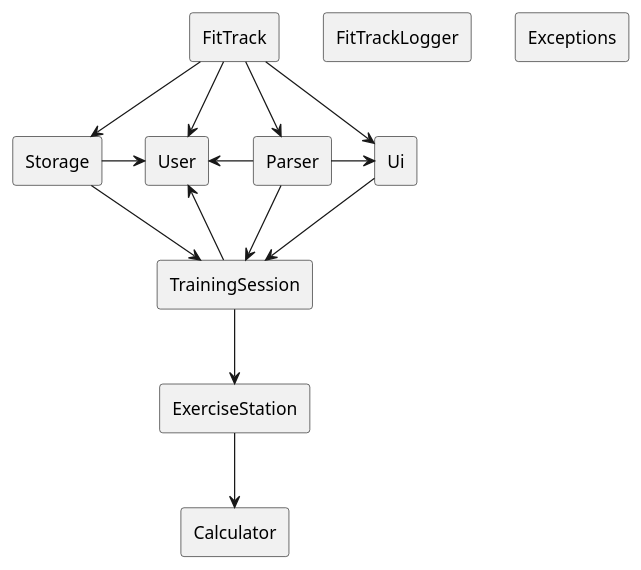
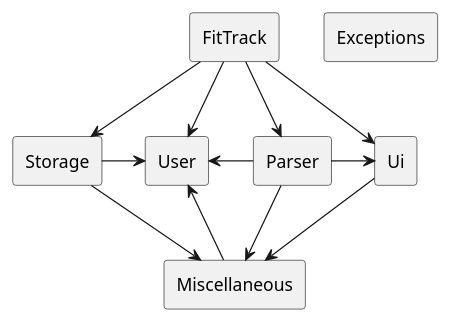
Before and after one commit to nus-cs2113-AY2425S1/tp: the diagram in docs/Diagrams/Archi_Architecture.puml, drawn with PlantUML. The commit also changed 6 other files, not shown here.

```diff
--- a/docs/Diagrams/Archi_Architecture.puml
+++ b/docs/Diagrams/Archi_Architecture.puml
@@ -1,55 +1,43 @@
 @startuml
 hide circle
 skinparam classAttributeIconSize 0
 skinparam classBackgroundColor White
 skinparam classBorderColor Black
 
 rectangle User {
-}
-
-rectangle FitTrackLogger {
 }
 
 rectangle Exceptions {
 }
 
 rectangle Storage {
 }
 
 rectangle FitTrack {
 }
 
 rectangle Parser {
 }
 
 rectangle Ui {
 }
 
-rectangle TrainingSession {
-}
-
-rectangle ExerciseStation {
-}
-
-rectangle Calculator {
+rectangle Miscellaneous {
 }
 
 FitTrack  -->  Parser
 FitTrack  -->  Ui
 FitTrack  -->  Storage
 FitTrack  -->  User
 
-Parser  -->  TrainingSession
+Parser  -->  Miscellaneous
 Parser  -left->  User
 Parser  -right->  Ui
 
-Ui  -->  TrainingSession
+Ui  -->  Miscellaneous
 
-Storage  -->  TrainingSession
+Storage  -->  Miscellaneous
 Storage -> User
-TrainingSession  -->  User
-TrainingSession  --> ExerciseStation
-
-ExerciseStation --> Calculator
+Miscellaneous  -->  User
 
 @enduml
```
